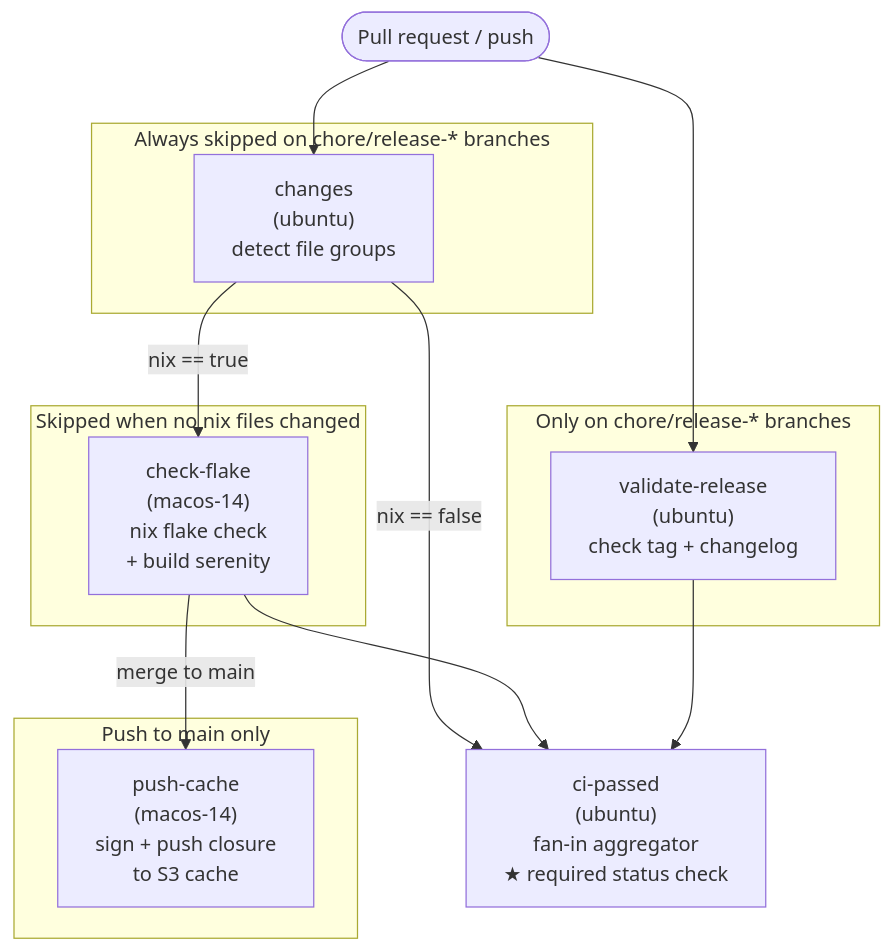
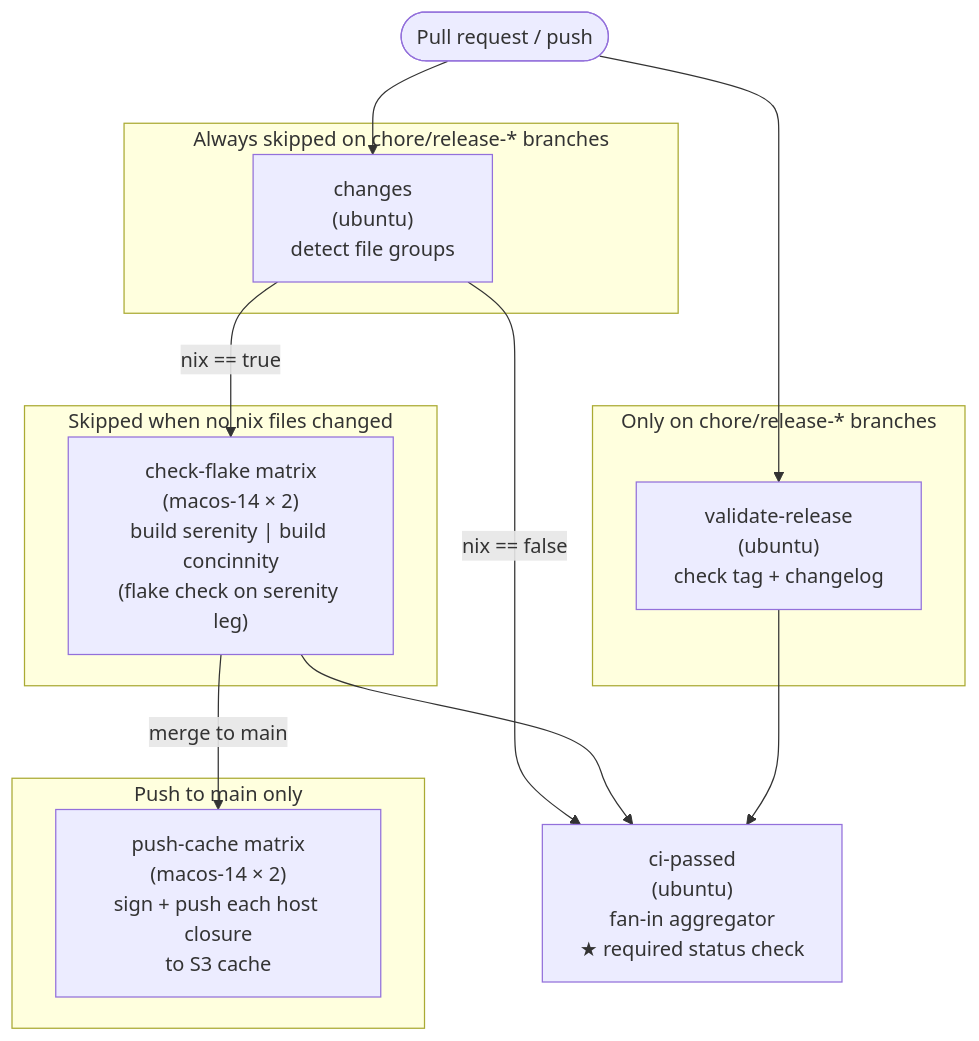
Before and after one commit to juliusblank/nix-configs: the diagram in docs/ci.md, drawn with Mermaid. The commit also changed 3 other files, not shown here.

First line of the commit message:
perf(ci): parallelize host builds and cache concinnity closure

````diff
--- a/docs/ci.md
+++ b/docs/ci.md
@@ -3,30 +3,30 @@
 ```mermaid
 flowchart TD
     PR([Pull request / push])
 
     subgraph "Always skipped on chore/release-* branches"
         changes["changes\n(ubuntu)\ndetect file groups"]
     end
 
     subgraph "Skipped when no nix files changed"
-        check-flake["check-flake\n(macos-14)\nnix flake check\n+ build serenity"]
+        check-flake["check-flake matrix\n(macos-14 × 2)\nbuild serenity | build concinnity\n(flake check on serenity leg)"]
     end
 
     subgraph "Only on chore/release-* branches"
         validate-release["validate-release\n(ubuntu)\ncheck tag + changelog"]
     end
 
     ci-passed["ci-passed\n(ubuntu)\nfan-in aggregator\n★ required status check"]
 
     subgraph "Push to main only"
-        push-cache["push-cache\n(macos-14)\nsign + push closure\nto S3 cache"]
+        push-cache["push-cache matrix\n(macos-14 × 2)\nsign + push each host closure\nto S3 cache"]
     end
 
     PR --> changes
     PR --> validate-release
     changes -->|nix == true| check-flake
     changes -->|nix == false| ci-passed
     check-flake --> ci-passed
     validate-release --> ci-passed
     check-flake -->|merge to main| push-cache
 ```
````
